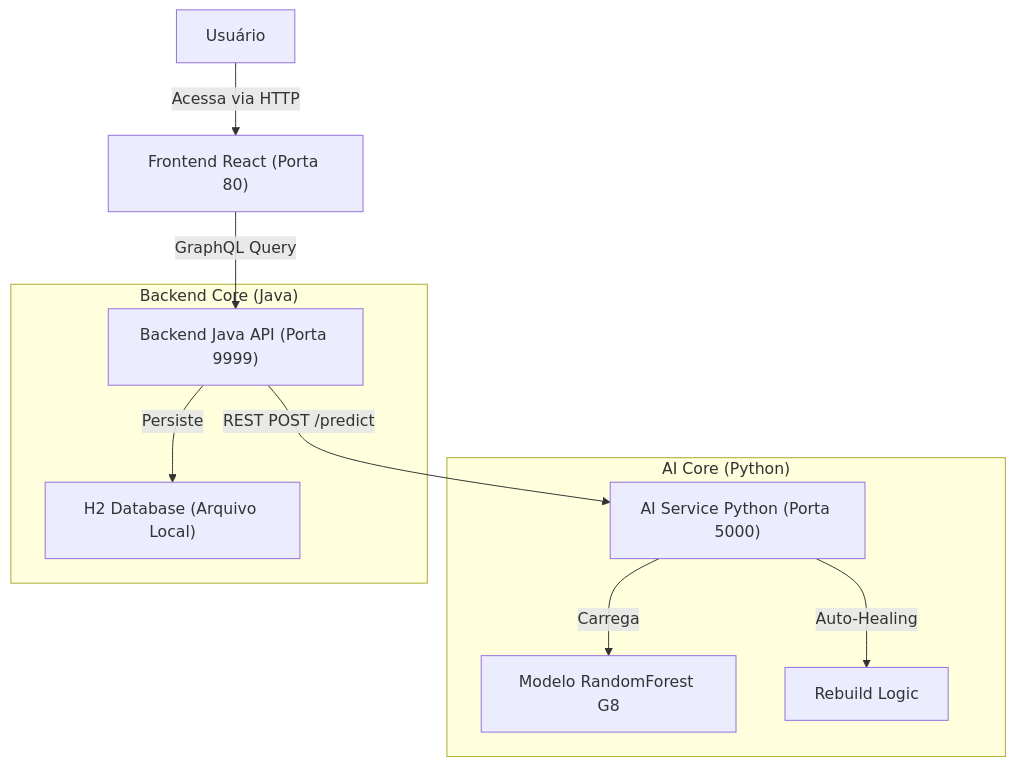
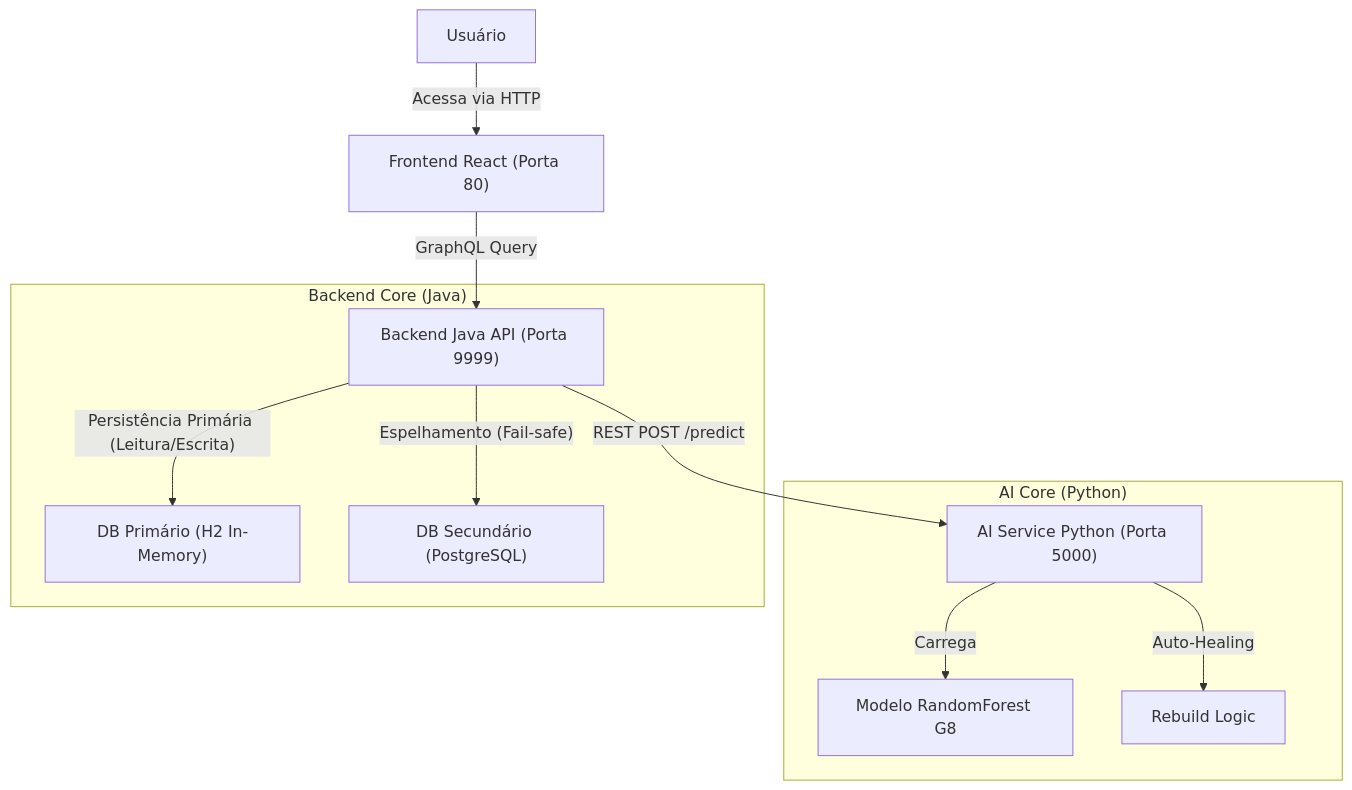
The diagram in README.md (rafaelreisramos/ML-API-REST-HIBRIDA-HACKATHON-ONE-8), drawn with Mermaid before and after one commit. The commit also changed other lines of this file and 4 other files, not shown here.

Commit message:
docs: update comprehensive documentation (Architecture, Decisions, API)

````diff
--- a/README.md
+++ b/README.md
@@ -89,15 +89,16 @@
 ```mermaid
 graph TD
     User["Usuário"] -->|Acessa via HTTP| UI["Frontend React (Porta 80)"]
     UI -->|"GraphQL Query"| API["Backend Java API (Porta 9999)"]
     API -->|"REST POST /predict"| AI["AI Service Python (Porta 5000)"]
     
     subgraph "AI Core (Python)"
     AI -->|"Carrega"| Model["Modelo RandomForest G8"]
     AI -->|"Auto-Healing"| Rebuild["Rebuild Logic"]
     end
     
     subgraph "Backend Core (Java)"
-    API -->|"Persiste"| H2["H2 Database (Arquivo Local)"]
+    API -->|"Persistência Primária (Leitura/Escrita)"| H2["DB Primário (H2 In-Memory)"]
+    API -->|"Espelhamento (Fail-safe)"| PG["DB Secundário (PostgreSQL)"]
     end
 ```
````
